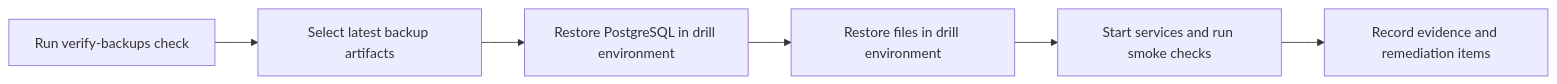
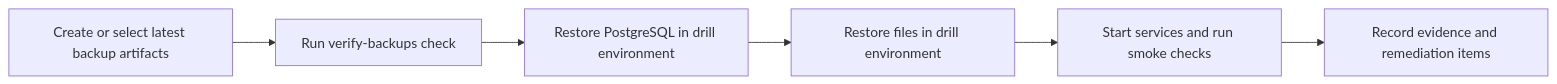
Before and after one commit to DriveToTech/ksiegowy-vibe: the diagram in docs/backup-restore-drill.md, drawn with Mermaid. The commit also changed other lines of this file and 12 other files, not shown here.

````diff
--- a/docs/backup-restore-drill.md
+++ b/docs/backup-restore-drill.md
@@ -17,8 +17,8 @@
 ```mermaid
 flowchart LR
-    A[Run verify-backups check] --> B[Select latest backup artifacts]
+    A[Create or select latest backup artifacts] --> B[Run verify-backups check]
     B --> C[Restore PostgreSQL in drill environment]
     C --> D[Restore files in drill environment]
     D --> E[Start services and run smoke checks]
     E --> F[Record evidence and remediation items]
 ```
````
